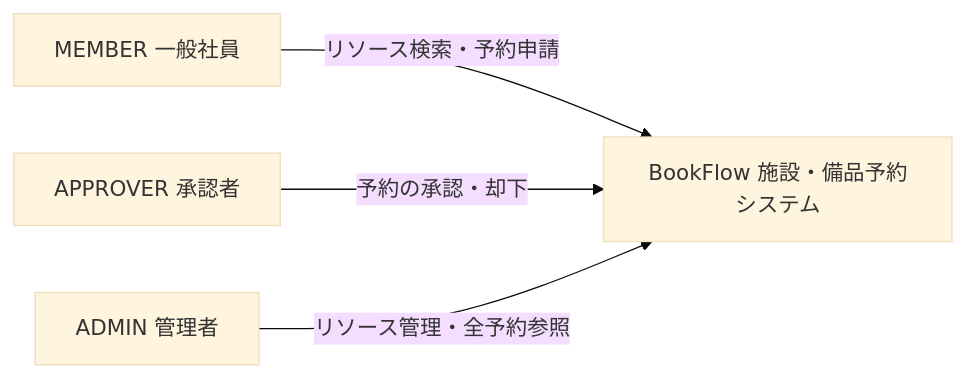
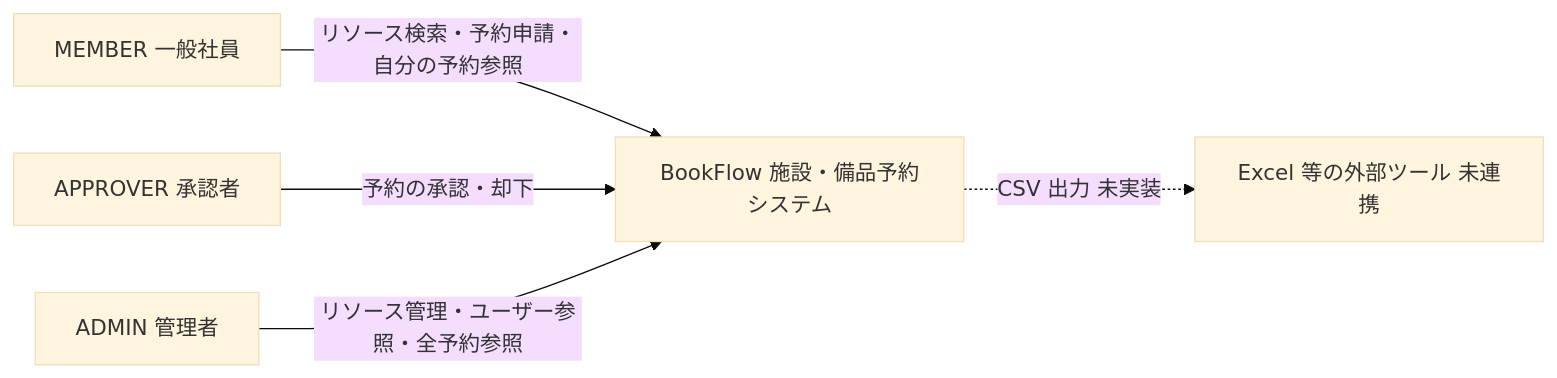
The diagram in Docs/spec/aidlc-docs/inception/reverse-engineering/business-overview.md (CHS-Training-Org/ai_training_for_chuo_system), drawn with Mermaid (base theme) before and after one commit. The commit also changed other lines of this file and 28 other files, not shown here.

````diff
--- a/Docs/spec/aidlc-docs/inception/reverse-engineering/business-overview.md
+++ b/Docs/spec/aidlc-docs/inception/reverse-engineering/business-overview.md
@@ -5,10 +5,12 @@
 ```mermaid
 flowchart LR
     Member["MEMBER 一般社員"]
     Approver["APPROVER 承認者"]
     Admin["ADMIN 管理者"]
     BookFlow["BookFlow 施設・備品予約システム"]
-    Member -->|"リソース検索・予約申請"| BookFlow
+    Excel["Excel 等の外部ツール 未連携"]
+    Member -->|"リソース検索・予約申請・自分の予約参照"| BookFlow
     Approver -->|"予約の承認・却下"| BookFlow
-    Admin -->|"リソース管理・全予約参照"| BookFlow
+    Admin -->|"リソース管理・ユーザー参照・全予約参照"| BookFlow
+    BookFlow -.->|"CSV 出力 未実装"| Excel
 ```
````
